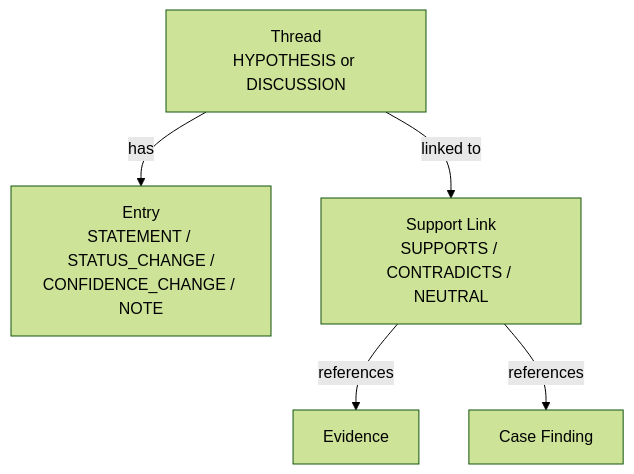
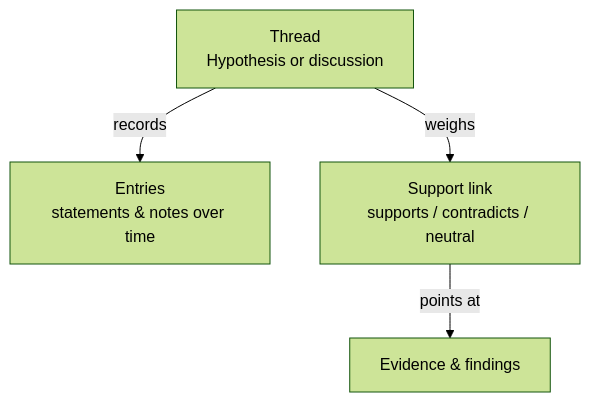
One commit to classifyre/classifyre changed the first of 2 diagrams in apps/docs/app/flow/investigations/cases/hypothesis/page.mdx. Above: the diagram before and after it, drawn with Mermaid (forest theme). The commit also changed other lines of this file and 4 other files, not shown here.

````diff
--- a/apps/docs/app/flow/investigations/cases/hypothesis/page.mdx
+++ b/apps/docs/app/flow/investigations/cases/hypothesis/page.mdx
@@ -12,13 +13,11 @@
 ```mermaid
 graph TD
-    Thread["Thread<br/>HYPOTHESIS or DISCUSSION"]
-    Entry["Entry<br/>STATEMENT / STATUS_CHANGE /<br/>CONFIDENCE_CHANGE / NOTE"]
-    SupportLink["Support Link<br/>SUPPORTS / CONTRADICTS / NEUTRAL"]
-    Evidence["Evidence"]
-    CaseFinding["Case Finding"]
+    Thread["Thread<br/>Hypothesis or discussion"]
+    Entry["Entries<br/>statements & notes over time"]
+    Link["Support link<br/>supports / contradicts / neutral"]
+    Evidence["Evidence & findings"]
 
-    Thread -- "has" --> Entry
-    Thread -- "linked to" --> SupportLink
-    SupportLink -- "references" --> Evidence
-    SupportLink -- "references" --> CaseFinding
+    Thread -- "records" --> Entry
+    Thread -- "weighs" --> Link
+    Link -- "points at" --> Evidence
 ```
````
